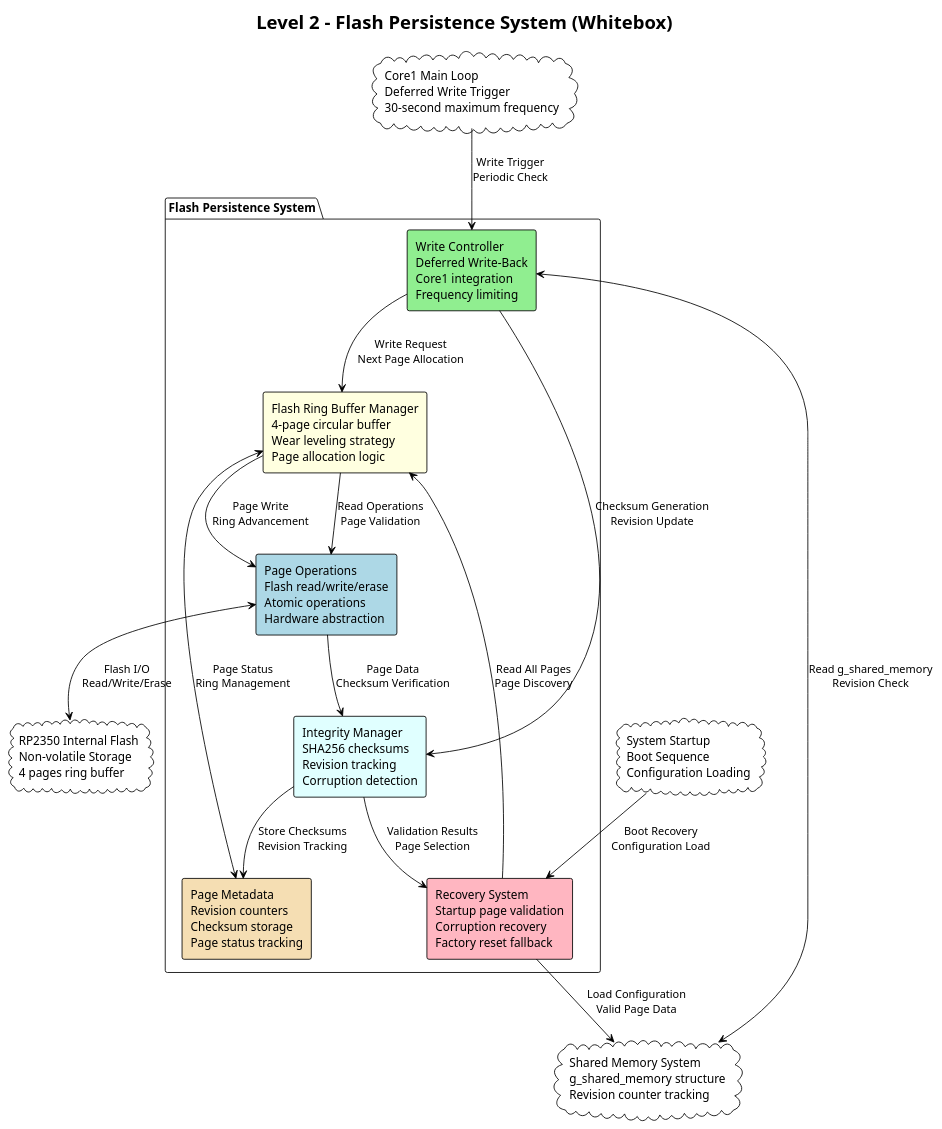
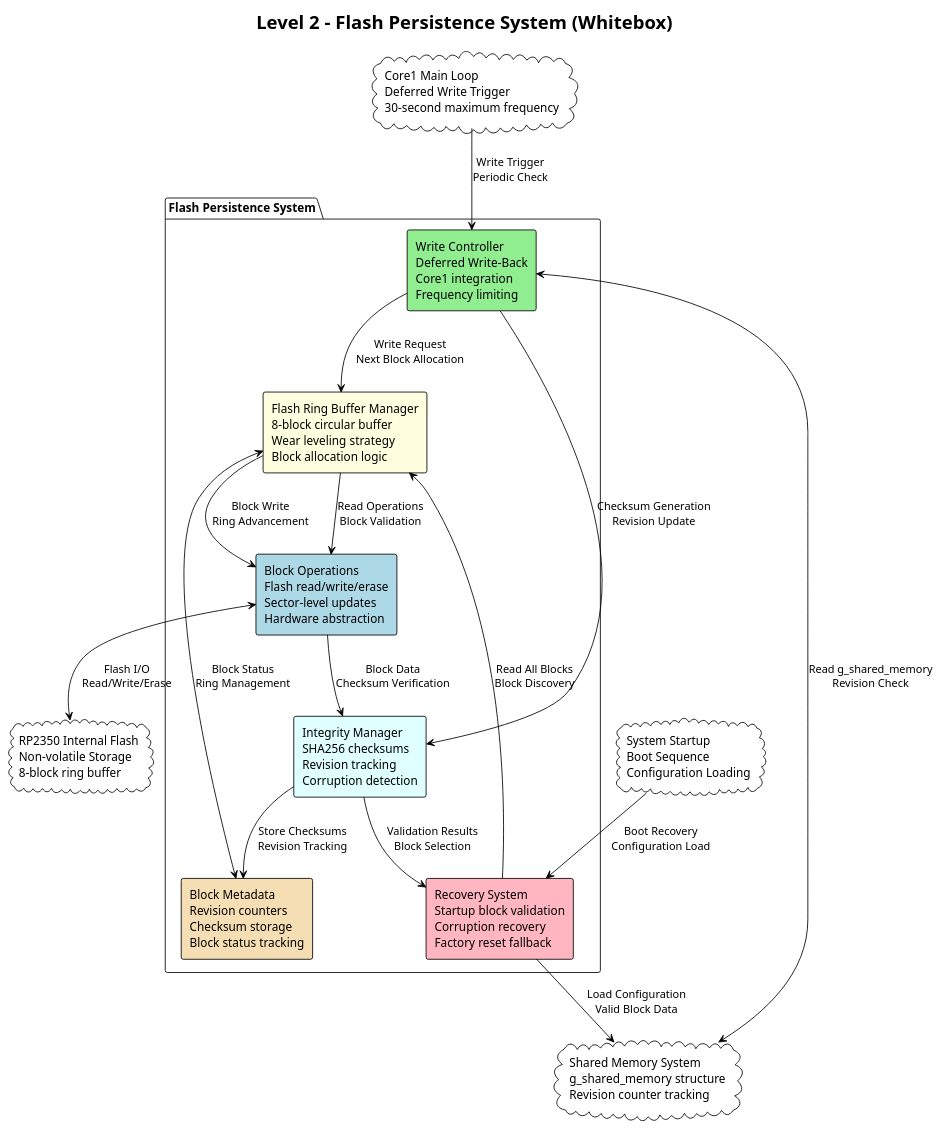
Before and after one commit to haxorsebb/UART2ETH: diagram 16 of 18 in src/docs/arc42/chapters/05_building_block_view.adoc, drawn with PlantUML. The commit also changed other lines of this file and 2 other files, not shown here.

First line of the commit message:
docs: update arc42 documentation to match flash persistence implementation

```diff
--- a/src/docs/arc42/chapters/05_building_block_view.adoc
+++ b/src/docs/arc42/chapters/05_building_block_view.adoc
@@ -1825,50 +1825,50 @@
 [plantuml, level2-flash-persistence, svg]
 ----
 @startuml
 !theme plain
 skinparam backgroundColor transparent
 skinparam componentStyle rectangle
 
 title Level 2 - Flash Persistence System (Whitebox)
 
 cloud "Core1 Main Loop\nDeferred Write Trigger\n30-second maximum frequency" as CORE1
 cloud "System Startup\nBoot Sequence\nConfiguration Loading" as STARTUP
 cloud "Shared Memory System\ng_shared_memory structure\nRevision counter tracking" as SHMEM
-cloud "RP2350 Internal Flash\nNon-volatile Storage\n4 pages ring buffer" as FLASH
+cloud "RP2350 Internal Flash\nNon-volatile Storage\n8-block ring buffer" as FLASH
 
 package "Flash Persistence System" {
     component "Write Controller\nDeferred Write-Back\nCore1 integration\nFrequency limiting" as WRITE_CTRL #lightgreen
     
-    component "Flash Ring Buffer Manager\n4-page circular buffer\nWear leveling strategy\nPage allocation logic" as RING_MGR #lightyellow
+    component "Flash Ring Buffer Manager\n8-block circular buffer\nWear leveling strategy\nBlock allocation logic" as RING_MGR #lightyellow
     
     component "Integrity Manager\nSHA256 checksums\nRevision tracking\nCorruption detection" as INTEGRITY #lightcyan
     
-    component "Page Operations\nFlash read/write/erase\nAtomic operations\nHardware abstraction" as PAGE_OPS #lightblue
+    component "Block Operations\nFlash read/write/erase\nSector-level updates\nHardware abstraction" as PAGE_OPS #lightblue
     
-    component "Recovery System\nStartup page validation\nCorruption recovery\nFactory reset fallback" as RECOVERY #lightpink
+    component "Recovery System\nStartup block validation\nCorruption recovery\nFactory reset fallback" as RECOVERY #lightpink
     
-    component "Page Metadata\nRevision counters\nChecksum storage\nPage status tracking" as METADATA #wheat
+    component "Block Metadata\nRevision counters\nChecksum storage\nBlock status tracking" as METADATA #wheat
 }
 
 ' External connections
 CORE1 --> WRITE_CTRL : Write Trigger\nPeriodic Check
 STARTUP --> RECOVERY : Boot Recovery\nConfiguration Load
 WRITE_CTRL <--> SHMEM : Read g_shared_memory\nRevision Check
-RECOVERY --> SHMEM : Load Configuration\nValid Page Data
+RECOVERY --> SHMEM : Load Configuration\nValid Block Data
 PAGE_OPS <--> FLASH : Flash I/O\nRead/Write/Erase
 
 ' Internal connections
-WRITE_CTRL --> RING_MGR : Write Request\nNext Page Allocation
-RING_MGR --> PAGE_OPS : Page Write\nRing Advancement
+WRITE_CTRL --> RING_MGR : Write Request\nNext Block Allocation
+RING_MGR --> PAGE_OPS : Block Write\nRing Advancement
 WRITE_CTRL --> INTEGRITY : Checksum Generation\nRevision Update
 INTEGRITY --> METADATA : Store Checksums\nRevision Tracking
 
-RECOVERY --> RING_MGR : Read All Pages\nPage Discovery
-RING_MGR --> PAGE_OPS : Read Operations\nPage Validation
-PAGE_OPS --> INTEGRITY : Page Data\nChecksum Verification
-INTEGRITY --> RECOVERY : Validation Results\nPage Selection
+RECOVERY --> RING_MGR : Read All Blocks\nBlock Discovery
+RING_MGR --> PAGE_OPS : Read Operations\nBlock Validation
+PAGE_OPS --> INTEGRITY : Block Data\nChecksum Verification
+INTEGRITY --> RECOVERY : Validation Results\nBlock Selection
 
-RING_MGR <--> METADATA : Page Status\nRing Management
+RING_MGR <--> METADATA : Block Status\nRing Management
 
 @enduml
 ----
```
